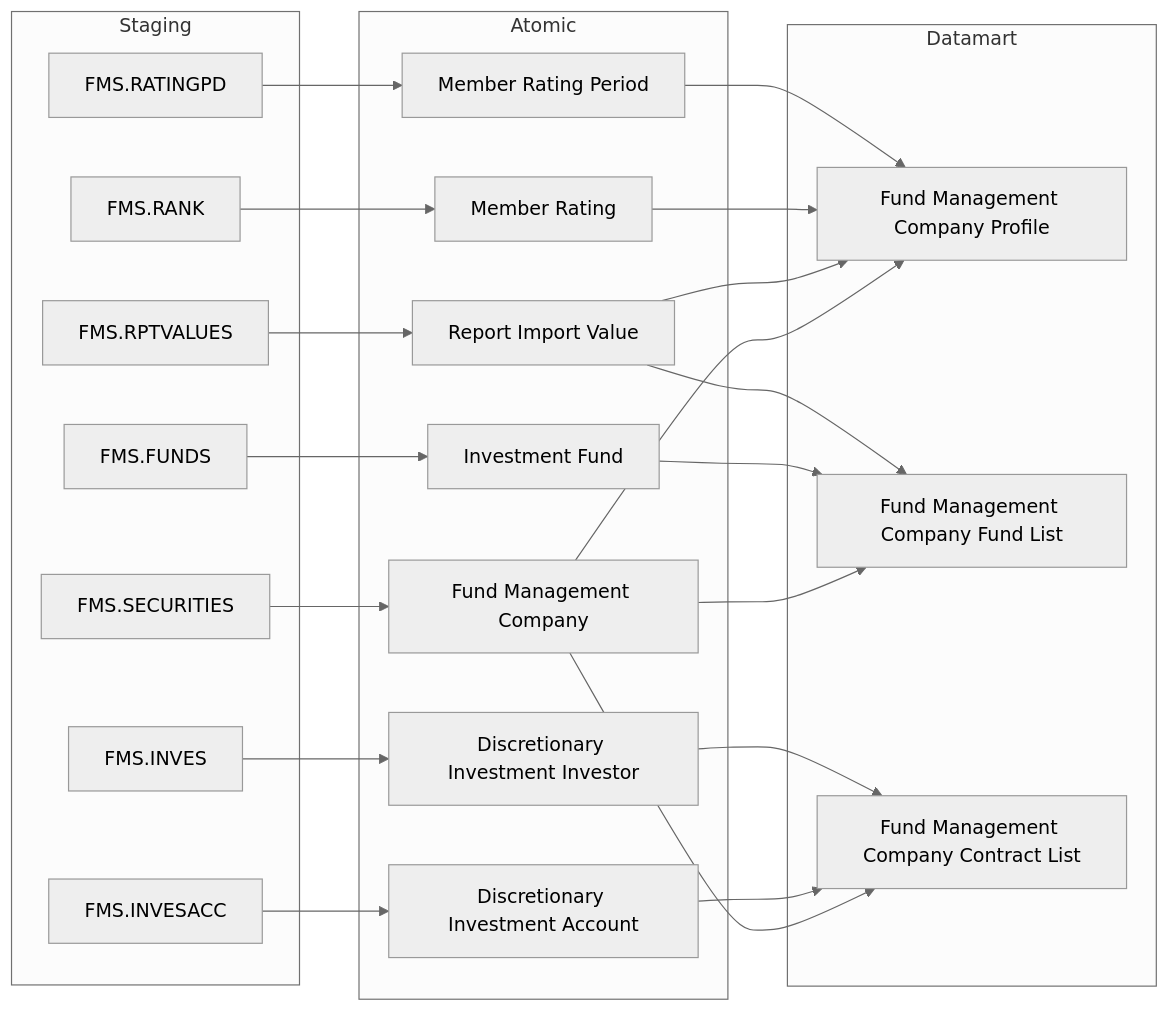
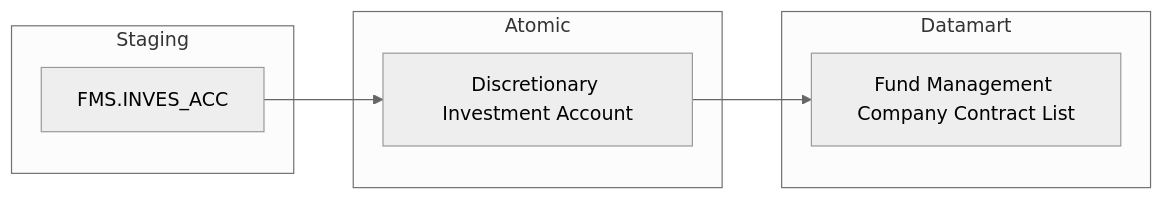
Before and after one commit to linhlvit/ubck_atomic_design: the third of 37 diagrams in Datamart/hld/DTM_FMS_HLD.md, drawn with Mermaid (neutral theme). The commit also changed other lines of this file and 5 other files, not shown here.

````diff
--- a/Datamart/hld/DTM_FMS_HLD.md
+++ b/Datamart/hld/DTM_FMS_HLD.md
@@ -99,49 +71,18 @@
 ```mermaid
 flowchart LR
     subgraph SRC["Staging"]
-        FMS_SECURITIES["FMS.SECURITIES"]
-        FMS_FUNDS["FMS.FUNDS"]
-        FMS_RPTVALUES["FMS.RPTVALUES"]
-        FMS_RANK["FMS.RANK"]
-        FMS_RATINGPD["FMS.RATINGPD"]
-        FMS_INVESACC["FMS.INVESACC"]
-        FMS_INVES["FMS.INVES"]
+        FMS_INVESACC["FMS.INVES_ACC"]
     end
 
     subgraph SIL["Atomic"]
-        Fund_Management_Company["Fund Management Company"]
-        Investment_Fund["Investment Fund"]
-        Report_Import_Value["Report Import Value"]
-        Member_Rating["Member Rating"]
-        Member_Rating_Period["Member Rating Period"]
         Discretionary_Investment_Account["Discretionary Investment Account"]
-        Discretionary_Investment_Investor["Discretionary Investment Investor"]
     end
 
     subgraph GOLD["Datamart"]
-        fnd_mgt_co_prf["Fund Management Company Profile"]
-        fnd_mgt_co_fnd_lst["Fund Management Company Fund List"]
         fnd_mgt_co_ctr_lst["Fund Management Company Contract List"]
     end
 
-    FMS_SECURITIES --> Fund_Management_Company
-    FMS_FUNDS --> Investment_Fund
-    FMS_RPTVALUES --> Report_Import_Value
-    FMS_RANK --> Member_Rating
-    FMS_RATINGPD --> Member_Rating_Period
     FMS_INVESACC --> Discretionary_Investment_Account
-    FMS_INVES --> Discretionary_Investment_Investor
 
-    Fund_Management_Company --> fnd_mgt_co_prf
-    Report_Import_Value --> fnd_mgt_co_prf
-    Member_Rating --> fnd_mgt_co_prf
-    Member_Rating_Period --> fnd_mgt_co_prf
-
-    Fund_Management_Company --> fnd_mgt_co_fnd_lst
-    Investment_Fund --> fnd_mgt_co_fnd_lst
-    Report_Import_Value --> fnd_mgt_co_fnd_lst
-
-    Fund_Management_Company --> fnd_mgt_co_ctr_lst
     Discretionary_Investment_Account --> fnd_mgt_co_ctr_lst
-    Discretionary_Investment_Investor --> fnd_mgt_co_ctr_lst
 ```
````
